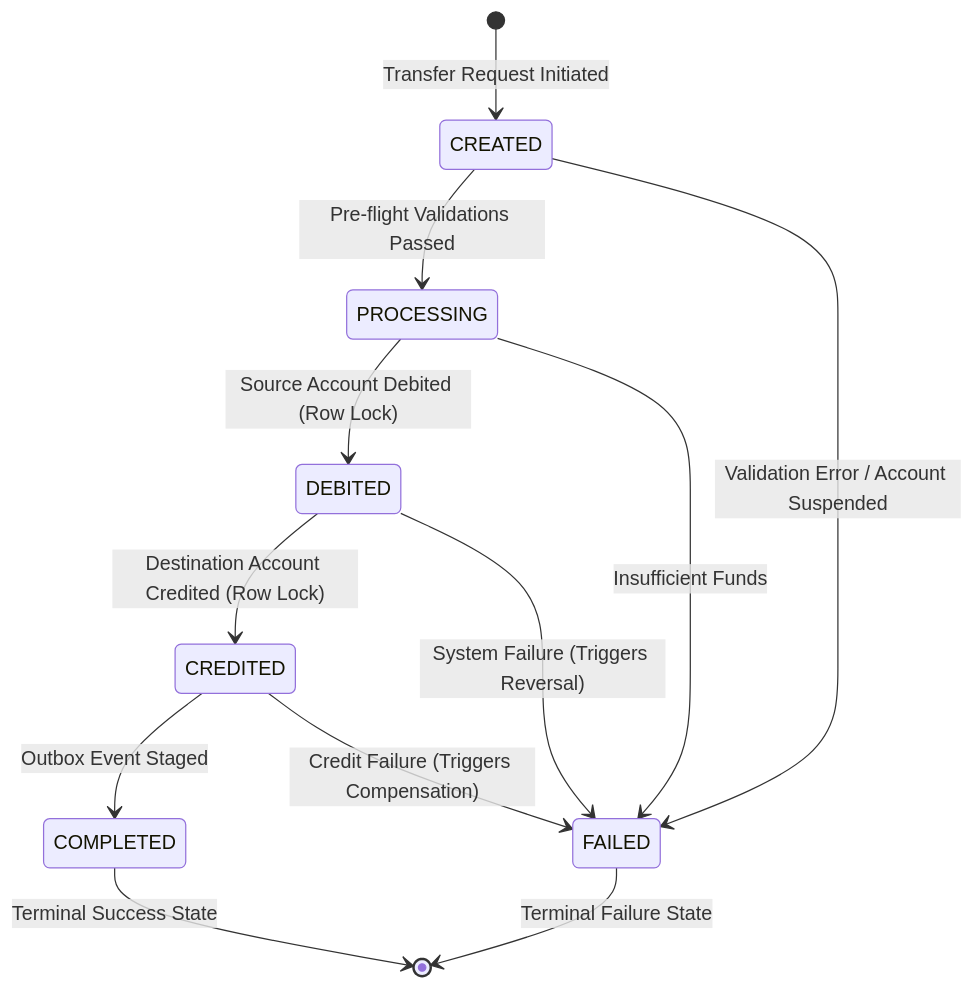
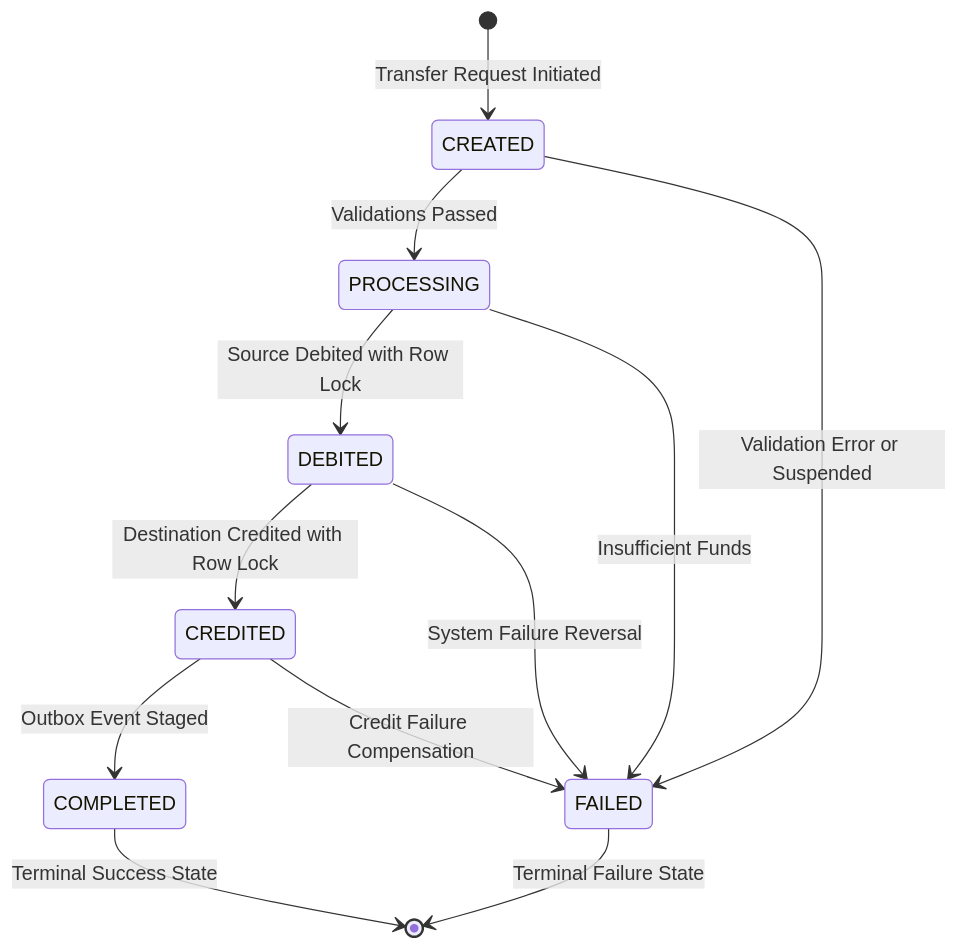
Before and after one commit to v-i-s-h-a-l-l/Banking-Application: the third of 3 diagrams in README.md, drawn with Mermaid. The commit also changed other lines of this file, not shown here.

Commit message:
docs: fix Mermaid syntax for GitHub renderer compatibility

````diff
--- a/README.md
+++ b/README.md
@@ -154,15 +154,15 @@
 ```mermaid
 stateDiagram-v2
     [*] --> CREATED: Transfer Request Initiated
-    CREATED --> PROCESSING: Pre-flight Validations Passed
-    PROCESSING --> DEBITED: Source Account Debited (Row Lock)
-    DEBITED --> CREDITED: Destination Account Credited (Row Lock)
+    CREATED --> PROCESSING: Validations Passed
+    PROCESSING --> DEBITED: Source Debited with Row Lock
+    DEBITED --> CREDITED: Destination Credited with Row Lock
     CREDITED --> COMPLETED: Outbox Event Staged
     COMPLETED --> [*]: Terminal Success State
 
-    CREATED --> FAILED: Validation Error / Account Suspended
+    CREATED --> FAILED: Validation Error or Suspended
     PROCESSING --> FAILED: Insufficient Funds
-    DEBITED --> FAILED: System Failure (Triggers Reversal)
-    CREDITED --> FAILED: Credit Failure (Triggers Compensation)
+    DEBITED --> FAILED: System Failure Reversal
+    CREDITED --> FAILED: Credit Failure Compensation
     FAILED --> [*]: Terminal Failure State
 ```
````
